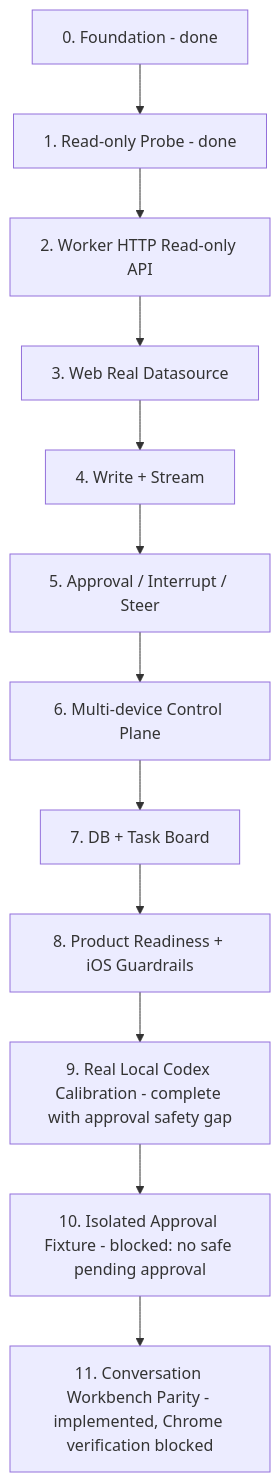
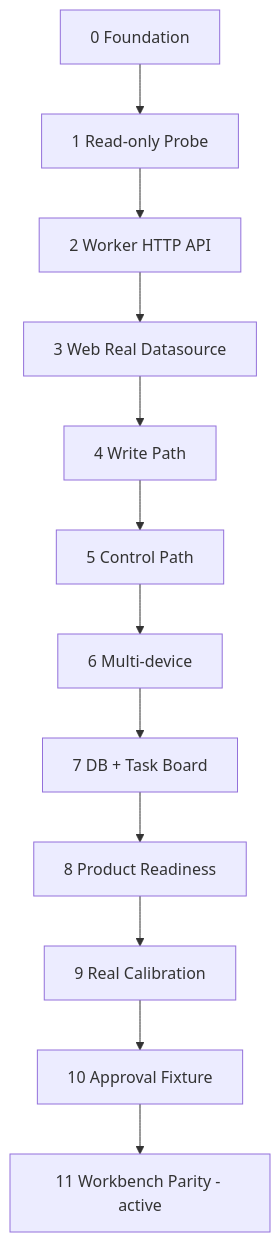
One commit to VintLin/codex-remote changed the second of 2 diagrams in PLAN.md. Above: the diagram before and after it, drawn with Mermaid. The commit also changed other lines of this file and 27 other files, not shown here.

Commit message:
feat: calibrate conversation workbench parity

````diff
--- a/PLAN.md
+++ b/PLAN.md
@@ -66,17 +61,17 @@
 ```mermaid
 flowchart TB
-  P0["0. Foundation - done"]
-  P1["1. Read-only Probe - done"]
-  P2["2. Worker HTTP Read-only API"]
-  P3["3. Web Real Datasource"]
-  P4["4. Write + Stream"]
-  P5["5. Approval / Interrupt / Steer"]
-  P6["6. Multi-device Control Plane"]
-  P7["7. DB + Task Board"]
-  P8["8. Product Readiness + iOS Guardrails"]
-  P9["9. Real Local Codex Calibration - complete with approval safety gap"]
-  P10["10. Isolated Approval Fixture - blocked: no safe pending approval"]
-  P11["11. Conversation Workbench Parity - implemented, Chrome verification blocked"]
+  P0["0 Foundation"]
+  P1["1 Read-only Probe"]
+  P2["2 Worker HTTP API"]
+  P3["3 Web Real Datasource"]
+  P4["4 Write Path"]
+  P5["5 Control Path"]
+  P6["6 Multi-device"]
+  P7["7 DB + Task Board"]
+  P8["8 Product Readiness"]
+  P9["9 Real Calibration"]
+  P10["10 Approval Fixture"]
+  P11["11 Workbench Parity - active"]
 
   P0 --> P1 --> P2 --> P3 --> P4 --> P5 --> P6 --> P7 --> P8 --> P9 --> P10 --> P11
 ```
````
